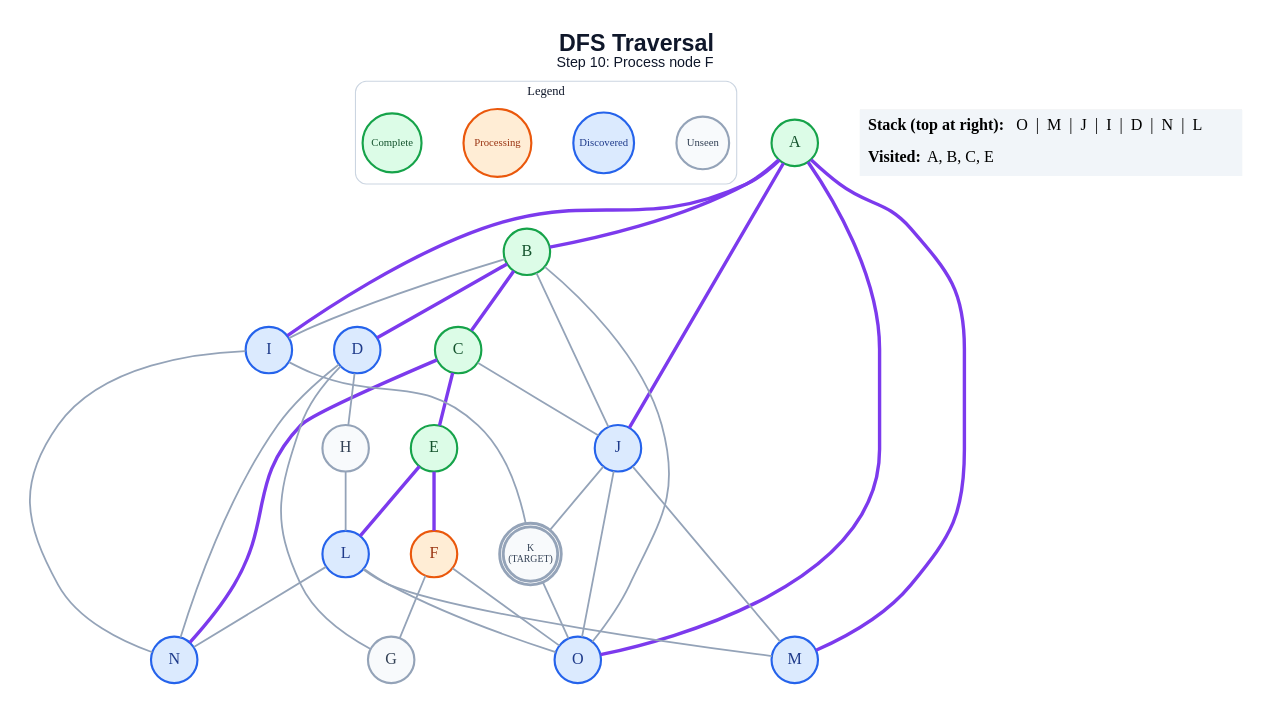
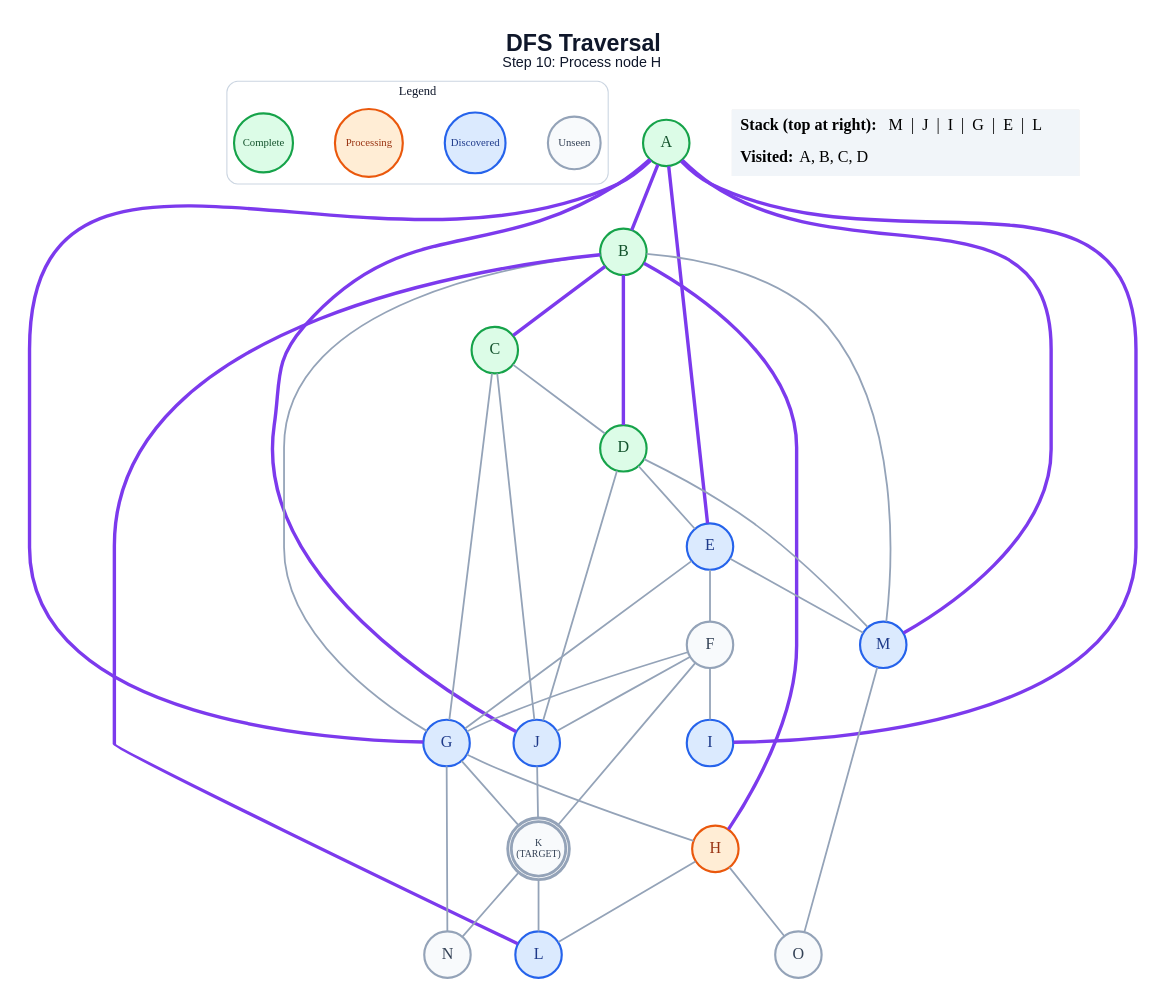
Before and after one commit to anon7238593-create/ai-slop: the diagram in generated/specific-node/dfs/step_10.dot, drawn with Graphviz. The commit also changed 300 other files, not shown here.

```diff
--- a/generated/specific-node/dfs/step_10.dot
+++ b/generated/specific-node/dfs/step_10.dot
@@ -1,64 +1,68 @@
 graph traversal {
   graph [layout=dot, rankdir=TB, bgcolor="#FFFFFF", pad="0.35", nodesep="0.65", ranksep="0.8", fontname="Arial"];
   node [shape=circle, style="filled", fontname="Arial Bold", fontsize=18, width=0.72, fixedsize=true, penwidth=2.4];
   edge [color="#94A3B8", penwidth=2.0];
-  label=<<B>DFS Traversal</B><BR/><FONT POINT-SIZE="16">Step 10: Process node F</FONT>>; labelloc="t"; fontsize=26; fontname="Arial"; fontcolor="#0F172A";
+  label=<<B>DFS Traversal</B><BR/><FONT POINT-SIZE="16">Step 10: Process node H</FONT>>; labelloc="t"; fontsize=26; fontname="Arial"; fontcolor="#0F172A";
   subgraph cluster_legend { label="Legend"; color="#CBD5E1"; penwidth=1.2; style="rounded"; fontsize=14; fontname="Arial Bold";
     key_unseen [label="Unseen", fillcolor="#F8FAFC", color="#94A3B8", fontcolor="#334155", fontsize=12, width=0.82];
     key_frontier [label="Discovered", fillcolor="#DBEAFE", color="#2563EB", fontcolor="#1E3A8A", fontsize=12, width=0.95];
     key_current [label="Processing", fillcolor="#FFEDD5", color="#EA580C", fontcolor="#9A3412", fontsize=12, width=1.05];
     key_done [label="Complete", fillcolor="#DCFCE7", color="#16A34A", fontcolor="#14532D", fontsize=12, width=0.92];
     { rank=same; key_unseen; key_frontier; key_current; key_done; }
   }
   A [label="A", fillcolor="#DCFCE7", color="#16A34A", fontcolor="#14532D", peripheries=1, penwidth=2.4];
   B [label="B", fillcolor="#DCFCE7", color="#16A34A", fontcolor="#14532D", peripheries=1, penwidth=2.4];
   C [label="C", fillcolor="#DCFCE7", color="#16A34A", fontcolor="#14532D", peripheries=1, penwidth=2.4];
-  D [label="D", fillcolor="#DBEAFE", color="#2563EB", fontcolor="#1E3A8A", peripheries=1, penwidth=2.4];
-  E [label="E", fillcolor="#DCFCE7", color="#16A34A", fontcolor="#14532D", peripheries=1, penwidth=2.4];
-  F [label="F", fillcolor="#FFEDD5", color="#EA580C", fontcolor="#9A3412", peripheries=1, penwidth=2.4];
-  G [label="G", fillcolor="#F8FAFC", color="#94A3B8", fontcolor="#334155", peripheries=1, penwidth=2.4];
-  H [label="H", fillcolor="#F8FAFC", color="#94A3B8", fontcolor="#334155", peripheries=1, penwidth=2.4];
+  D [label="D", fillcolor="#DCFCE7", color="#16A34A", fontcolor="#14532D", peripheries=1, penwidth=2.4];
+  E [label="E", fillcolor="#DBEAFE", color="#2563EB", fontcolor="#1E3A8A", peripheries=1, penwidth=2.4];
+  F [label="F", fillcolor="#F8FAFC", color="#94A3B8", fontcolor="#334155", peripheries=1, penwidth=2.4];
+  G [label="G", fillcolor="#DBEAFE", color="#2563EB", fontcolor="#1E3A8A", peripheries=1, penwidth=2.4];
+  H [label="H", fillcolor="#FFEDD5", color="#EA580C", fontcolor="#9A3412", peripheries=1, penwidth=2.4];
   I [label="I", fillcolor="#DBEAFE", color="#2563EB", fontcolor="#1E3A8A", peripheries=1, penwidth=2.4];
   J [label="J", fillcolor="#DBEAFE", color="#2563EB", fontcolor="#1E3A8A", peripheries=1, penwidth=2.4];
   K [label="K\n(TARGET)", fillcolor="#F8FAFC", color="#94A3B8", fontcolor="#334155", peripheries=2, penwidth=3.2, fontsize=11, width=0.85, height=0.85];
   L [label="L", fillcolor="#DBEAFE", color="#2563EB", fontcolor="#1E3A8A", peripheries=1, penwidth=2.4];
   M [label="M", fillcolor="#DBEAFE", color="#2563EB", fontcolor="#1E3A8A", peripheries=1, penwidth=2.4];
-  N [label="N", fillcolor="#DBEAFE", color="#2563EB", fontcolor="#1E3A8A", peripheries=1, penwidth=2.4];
-  O [label="O", fillcolor="#DBEAFE", color="#2563EB", fontcolor="#1E3A8A", peripheries=1, penwidth=2.4];
+  N [label="N", fillcolor="#F8FAFC", color="#94A3B8", fontcolor="#334155", peripheries=1, penwidth=2.4];
+  O [label="O", fillcolor="#F8FAFC", color="#94A3B8", fontcolor="#334155", peripheries=1, penwidth=2.4];
   A -- B [color="#7C3AED", penwidth=3.8];
+  A -- E [color="#7C3AED", penwidth=3.8];
+  A -- G [color="#7C3AED", penwidth=3.8];
   A -- I [color="#7C3AED", penwidth=3.8];
   A -- J [color="#7C3AED", penwidth=3.8];
   A -- M [color="#7C3AED", penwidth=3.8];
-  A -- O [color="#7C3AED", penwidth=3.8];
   B -- C [color="#7C3AED", penwidth=3.8];
   B -- D [color="#7C3AED", penwidth=3.8];
-  B -- I;
-  B -- J;
-  B -- O;
-  C -- E [color="#7C3AED", penwidth=3.8];
+  B -- G;
+  B -- H [color="#7C3AED", penwidth=3.8];
+  B -- L [color="#7C3AED", penwidth=3.8];
+  B -- M;
+  C -- D;
+  C -- G;
   C -- J;
-  C -- N [color="#7C3AED", penwidth=3.8];
-  D -- G;
-  D -- H;
-  D -- N;
-  E -- F [color="#7C3AED", penwidth=3.8];
-  E -- L [color="#7C3AED", penwidth=3.8];
+  D -- E;
+  D -- J;
+  D -- M;
+  E -- F;
+  E -- G;
+  E -- M;
   F -- G;
-  F -- O;
+  F -- I;
+  F -- J;
+  F -- K;
+  G -- H;
+  G -- K;
+  G -- N;
   H -- L;
-  I -- K;
-  I -- N;
+  H -- O;
   J -- K;
-  J -- M;
-  J -- O;
-  K -- O;
-  L -- M;
-  L -- N;
-  L -- O;
+  K -- L;
+  K -- N;
+  M -- O;
   status [shape=plain, fixedsize=false, width=0, height=0, margin=0, label=<
     <TABLE BORDER="0" CELLBORDER="0" CELLPADDING="7" BGCOLOR="#F1F5F9">
-      <TR><TD ALIGN="LEFT"><B>Stack (top at right):</B> O  |  M  |  J  |  I  |  D  |  N  |  L</TD></TR>
-      <TR><TD ALIGN="LEFT"><B>Visited:</B> A, B, C, E</TD></TR>
+      <TR><TD ALIGN="LEFT"><B>Stack (top at right):</B> M  |  J  |  I  |  G  |  E  |  L</TD></TR>
+      <TR><TD ALIGN="LEFT"><B>Visited:</B> A, B, C, D</TD></TR>
     </TABLE>
   >];
 }
```
